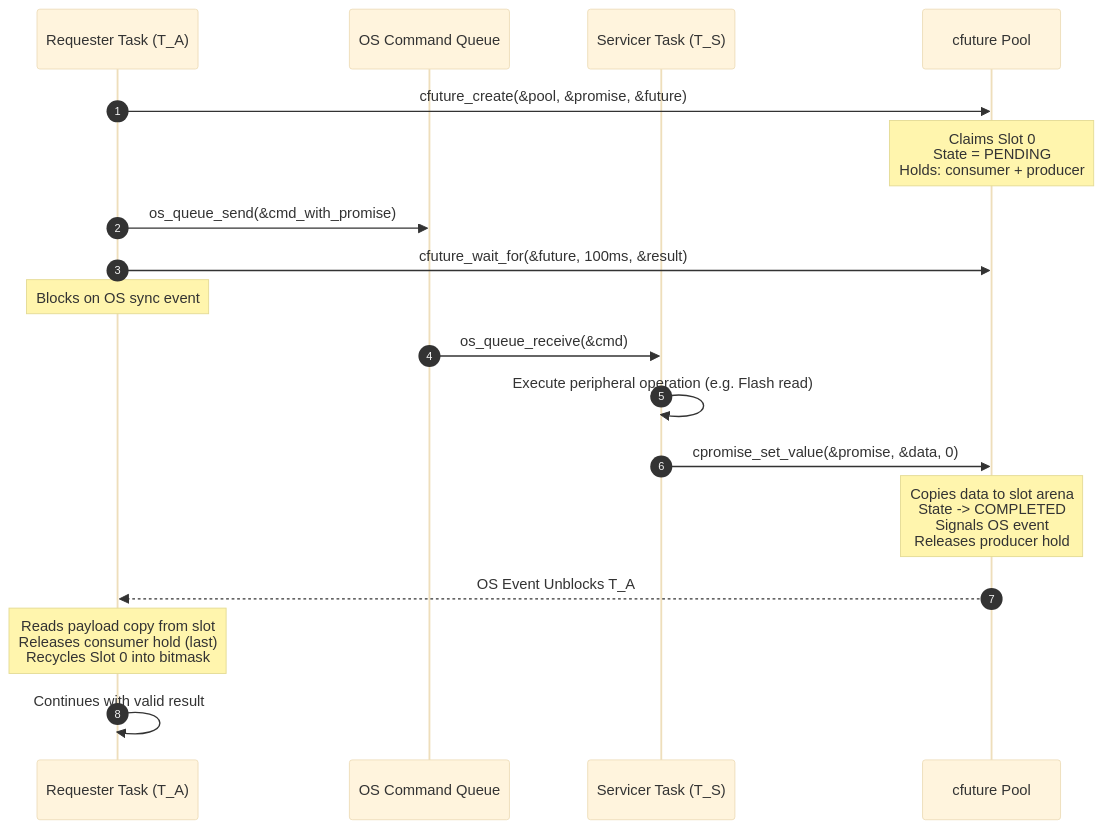
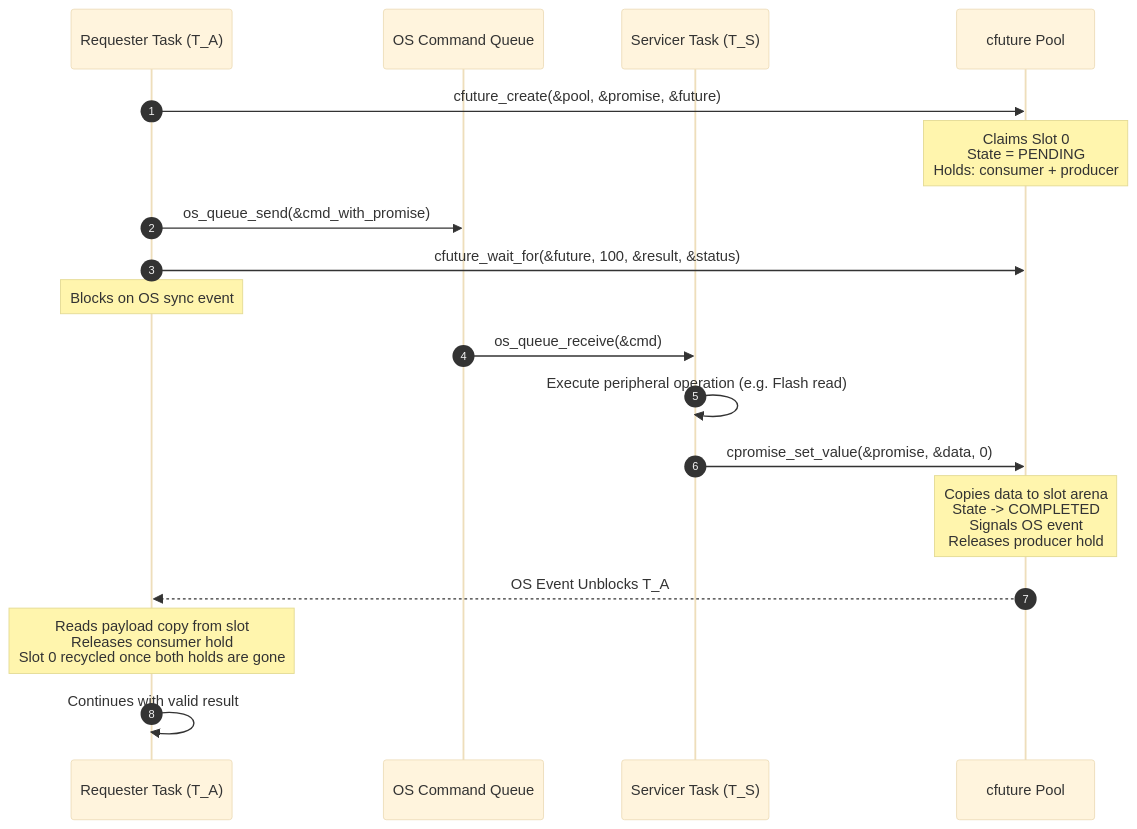
Before and after one commit to Mrunmoy/janus: the third of 6 diagrams in README.md, drawn with Mermaid (base theme). The commit also changed other lines of this file and 3 other files, not shown here.

Commit message:
docs: address remaining review findings (CLI table, tree, diagrams, walkthrough, plan)

````diff
--- a/README.md
+++ b/README.md
@@ -380,21 +381,21 @@
 ```mermaid
 sequenceDiagram
     autonumber
     participant A as Requester Task (T_A)
     participant Q as OS Command Queue
     participant S as Servicer Task (T_S)
     participant P as cfuture Pool
 
     A->>P: cfuture_create(&pool, &promise, &future)
     Note over P: Claims Slot 0<br/>State = PENDING<br/>Holds: consumer + producer
     A->>Q: os_queue_send(&cmd_with_promise)
-    A->>P: cfuture_wait_for(&future, 100ms, &result)
+    A->>P: cfuture_wait_for(&future, 100, &result, &status)
     Note over A: Blocks on OS sync event
     Q->>S: os_queue_receive(&cmd)
     S->>S: Execute peripheral operation (e.g. Flash read)
     S->>P: cpromise_set_value(&promise, &data, 0)
     Note over P: Copies data to slot arena<br/>State -> COMPLETED<br/>Signals OS event<br/>Releases producer hold
     P-->>A: OS Event Unblocks T_A
-    Note over A: Reads payload copy from slot<br/>Releases consumer hold (last)<br/>Recycles Slot 0 into bitmask
+    Note over A: Reads payload copy from slot<br/>Releases consumer hold<br/>Slot 0 recycled once both holds are gone
     A->>A: Continues with valid result
 ```
````
